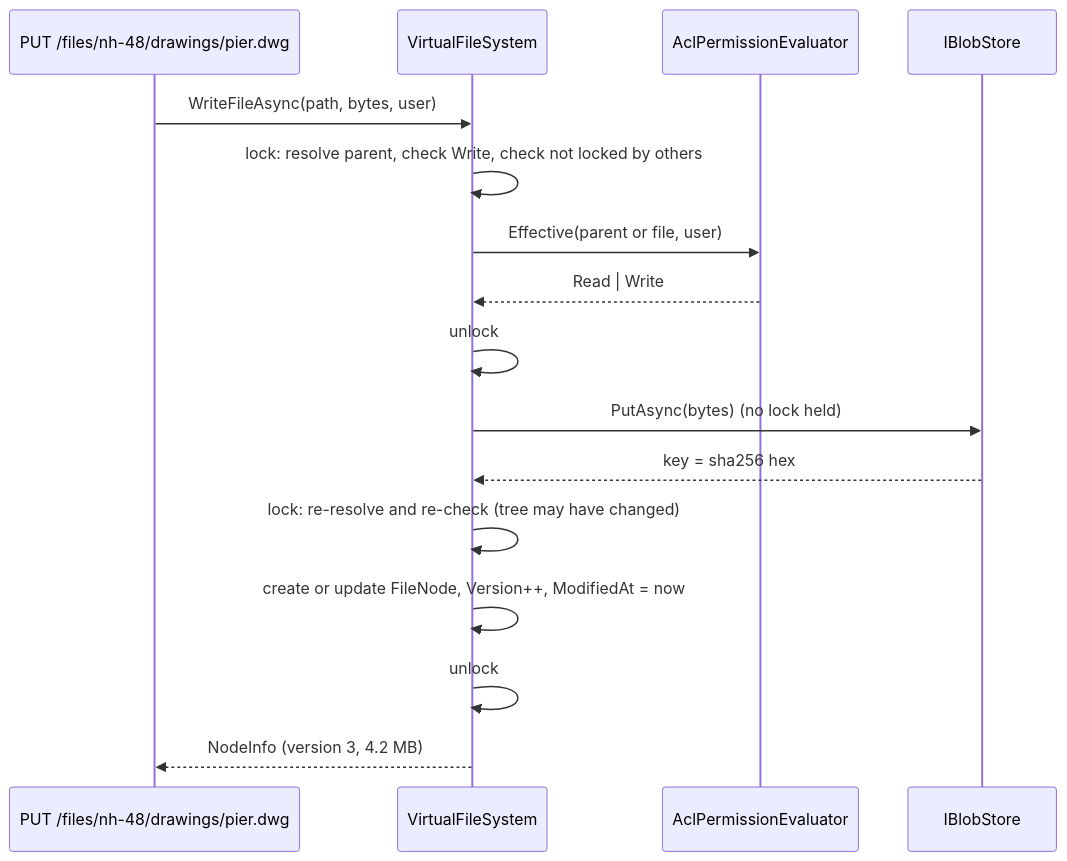
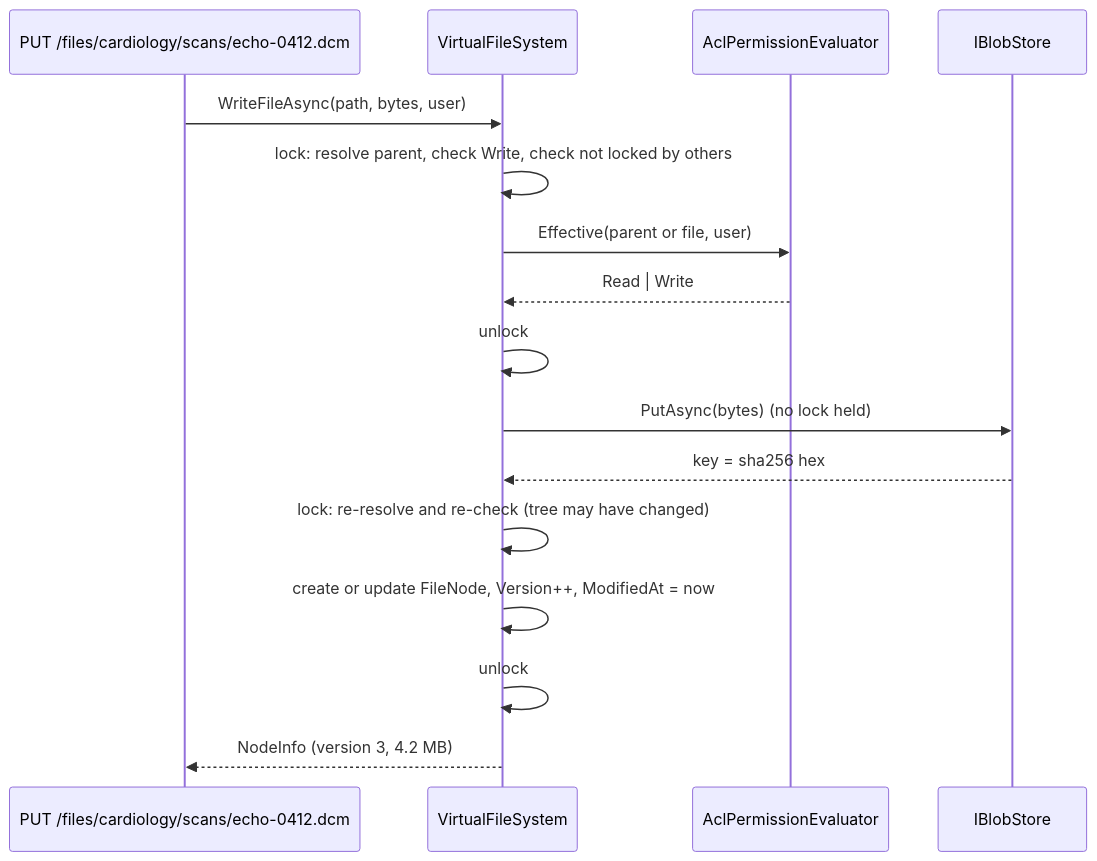
The second of 4 diagrams in content/lessons/m18/m18-file-system.md (rizwi0786/system-design-lab), drawn with Mermaid before and after one commit. The commit also changed other lines of this file and 334 other files, not shown here.

````diff
--- a/content/lessons/m18/m18-file-system.md
+++ b/content/lessons/m18/m18-file-system.md
@@ -199,18 +199,18 @@
 ```mermaid
 sequenceDiagram
-    participant API as PUT /files/nh-48/drawings/pier.dwg
+    participant API as PUT /files/cardiology/scans/echo-0412.dcm
     participant VFS as VirtualFileSystem
     participant P as AclPermissionEvaluator
     participant B as IBlobStore
     API->>VFS: WriteFileAsync(path, bytes, user)
     VFS->>VFS: lock: resolve parent, check Write, check not locked by others
     VFS->>P: Effective(parent or file, user)
     P-->>VFS: Read | Write
     VFS->>VFS: unlock
     VFS->>B: PutAsync(bytes) (no lock held)
     B-->>VFS: key = sha256 hex
     VFS->>VFS: lock: re-resolve and re-check (tree may have changed)
     VFS->>VFS: create or update FileNode, Version++, ModifiedAt = now
     VFS->>VFS: unlock
     VFS-->>API: NodeInfo (version 3, 4.2 MB)
 ```
````
